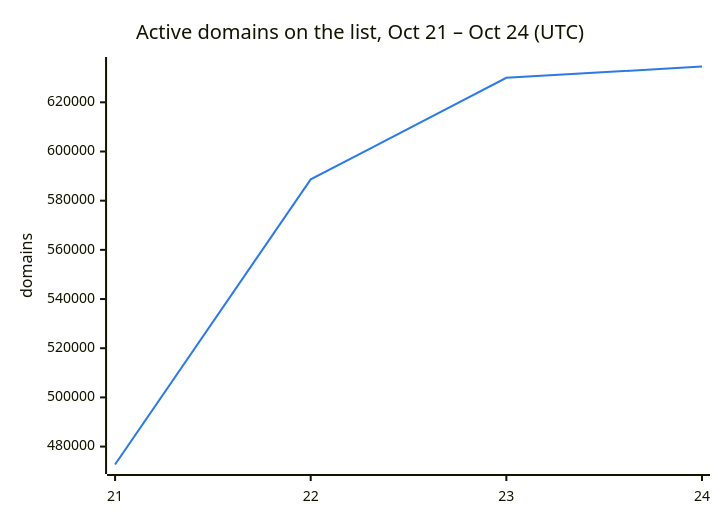
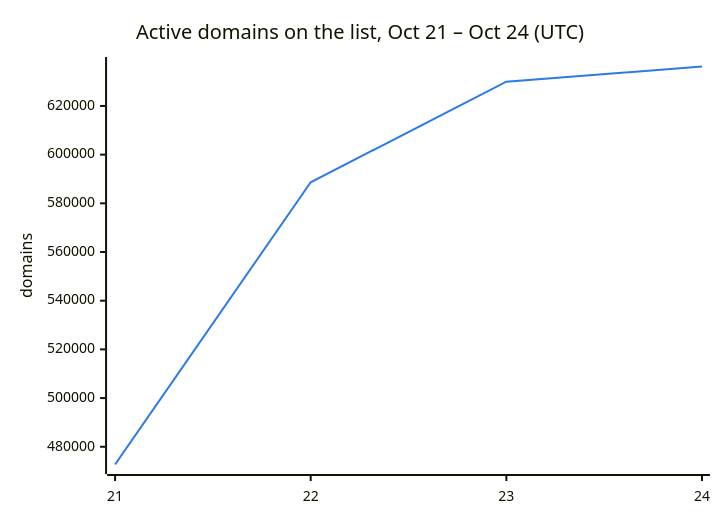
The second of 3 diagrams in README.md (DNSBunker/CTI), drawn with Mermaid before and after one commit. The commit also changed other lines of this file and 3 other files, not shown here.

````diff
--- a/README.md
+++ b/README.md
@@ -38,8 +38,8 @@
 ```mermaid
 %%{init: {"themeVariables": {"xyChart": {"plotColorPalette": "#2c7be5"}}}}%%
 xychart-beta
     title "Active domains on the list, Oct 21 – Oct 24 (UTC)"
     x-axis ["21", "22", "23", "24"]
     y-axis "domains"
-    line [472713, 588659, 629951, 634566]
+    line [472713, 588659, 629951, 636207]
 ```
````
